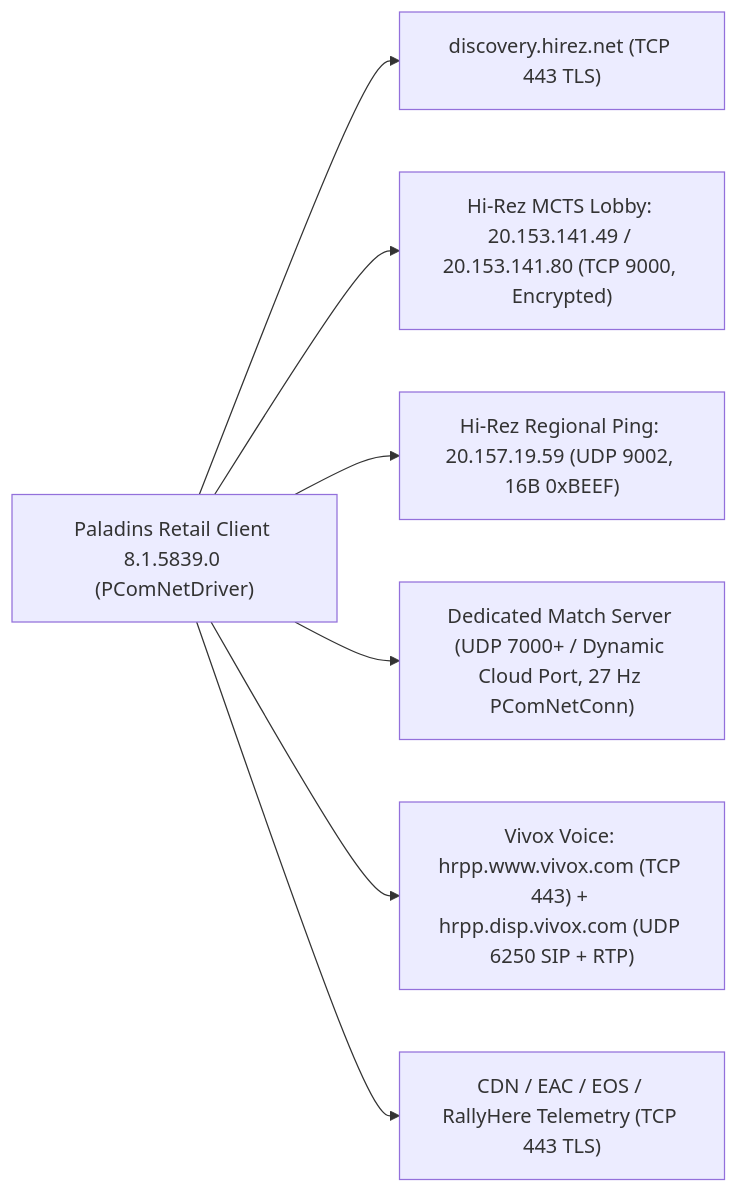
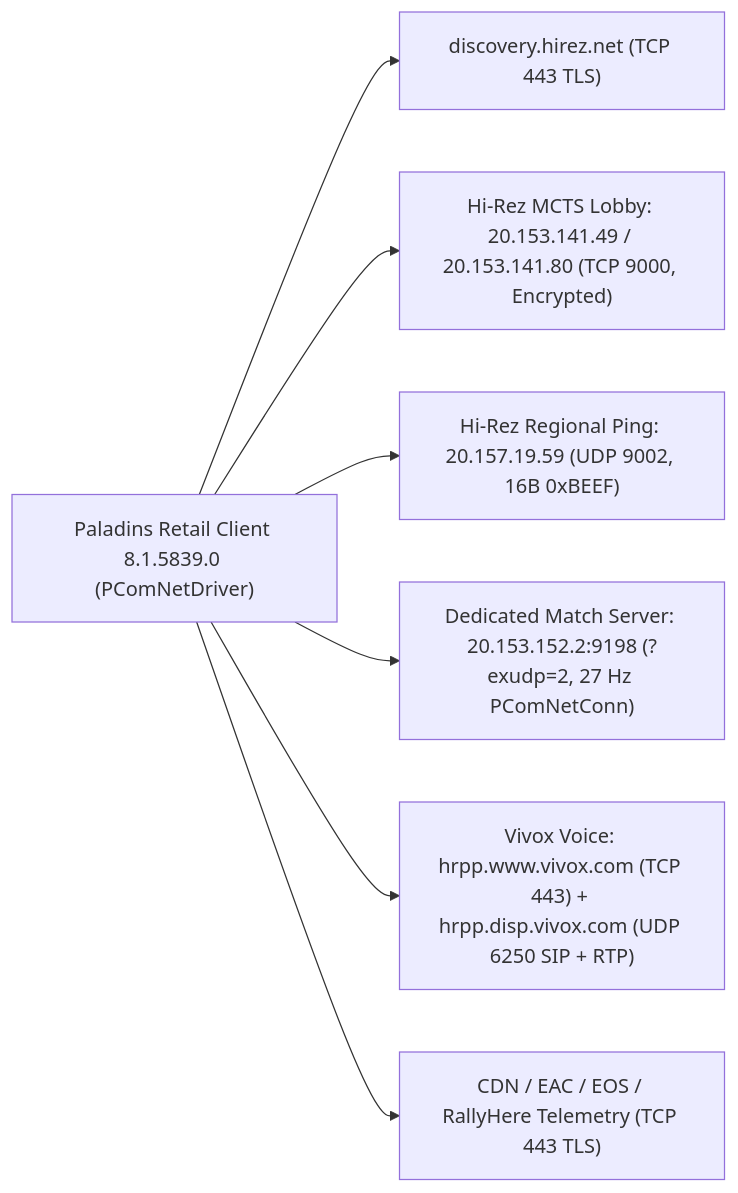
Before and after one commit to project-immortal/immortal: the diagram in docs/specs/RETAIL_CAPTURE_PLAN.md, drawn with Mermaid. The commit also changed other lines of this file and 12 other files, not shown here.

First line of the commit message:
feat(protocol): implement dynamic PcomPrefix, NMT_MapLoaded, and agyis pcap toolchain

````diff
--- a/docs/specs/RETAIL_CAPTURE_PLAN.md
+++ b/docs/specs/RETAIL_CAPTURE_PLAN.md
@@ -35,17 +38,17 @@
 ```mermaid
 flowchart LR
     Client["Paladins Retail Client 8.1.5839.0 (PComNetDriver)"]
     Disc["discovery.hirez.net (TCP 443 TLS)"]
     MCTS["Hi-Rez MCTS Lobby: 20.153.141.49 / 20.153.141.80 (TCP 9000, Encrypted)"]
     Ping["Hi-Rez Regional Ping: 20.157.19.59 (UDP 9002, 16B 0xBEEF)"]
-    GameSrv["Dedicated Match Server (UDP 7000+ / Dynamic Cloud Port, 27 Hz PComNetConn)"]
+    GameSrv["Dedicated Match Server: 20.153.152.2:9198 (?exudp=2, 27 Hz PComNetConn)"]
     Vivox["Vivox Voice: hrpp.www.vivox.com (TCP 443) + hrpp.disp.vivox.com (UDP 6250 SIP + RTP)"]
     Aux["CDN / EAC / EOS / RallyHere Telemetry (TCP 443 TLS)"]
 
     Client --> Disc
     Client --> MCTS
     Client --> Ping
     Client --> GameSrv
     Client --> Vivox
     Client --> Aux
 ```
````
